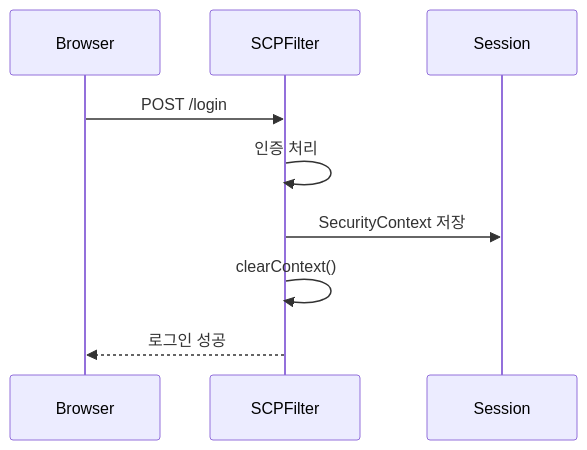
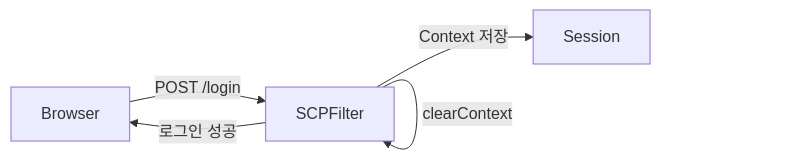
Before and after one commit to yjkim2015/yjkim2015.github.io: the third of 5 diagrams in _posts/security/2021-05-26-SecurityContextPersistentFilter.md, drawn with Mermaid. The commit also changed other lines of this file and 163 other files, not shown here.

First line of the commit message:
Mermaid 300개 블록 내용 축소: 5노드 5엣지 이하, 의미 있는 약어

````diff
--- a/_posts/security/2021-05-26-SecurityContextPersistentFilter.md
+++ b/_posts/security/2021-05-26-SecurityContextPersistentFilter.md
@@ -50,11 +47,8 @@
 ```mermaid
-sequenceDiagram
-    participant B as Browser
-    participant SCPF as SCPFilter
-    participant S as Session
-    B->>SCPF: POST /login
-    SCPF->>SCPF: 인증 처리
-    SCPF->>S: SecurityContext 저장
-    SCPF->>SCPF: clearContext()
-    SCPF-->>B: 로그인 성공
+graph LR
+    B["Browser"] -->|POST /login| SCPF["SCPFilter"]
+    SCPF -->|인증 처리| SCPF
+    SCPF -->|Context 저장| S["Session"]
+    SCPF -->|clearContext| SCPF
+    SCPF -->|로그인 성공| B
 ```
````
